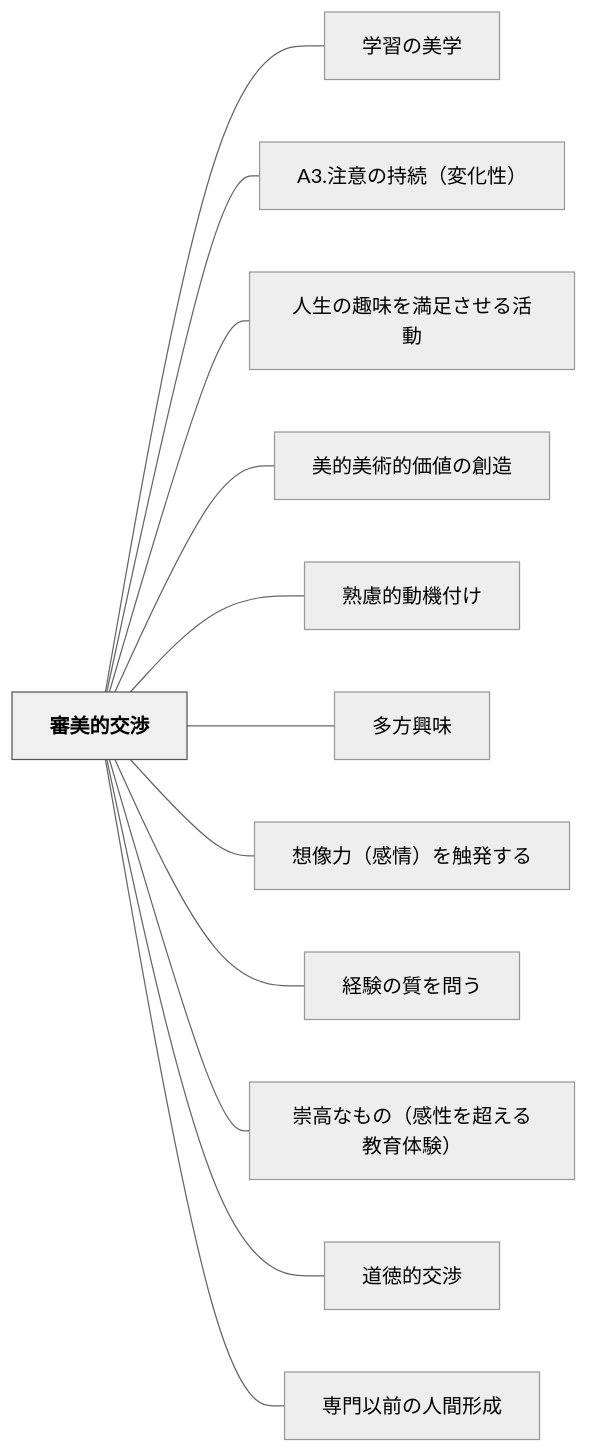
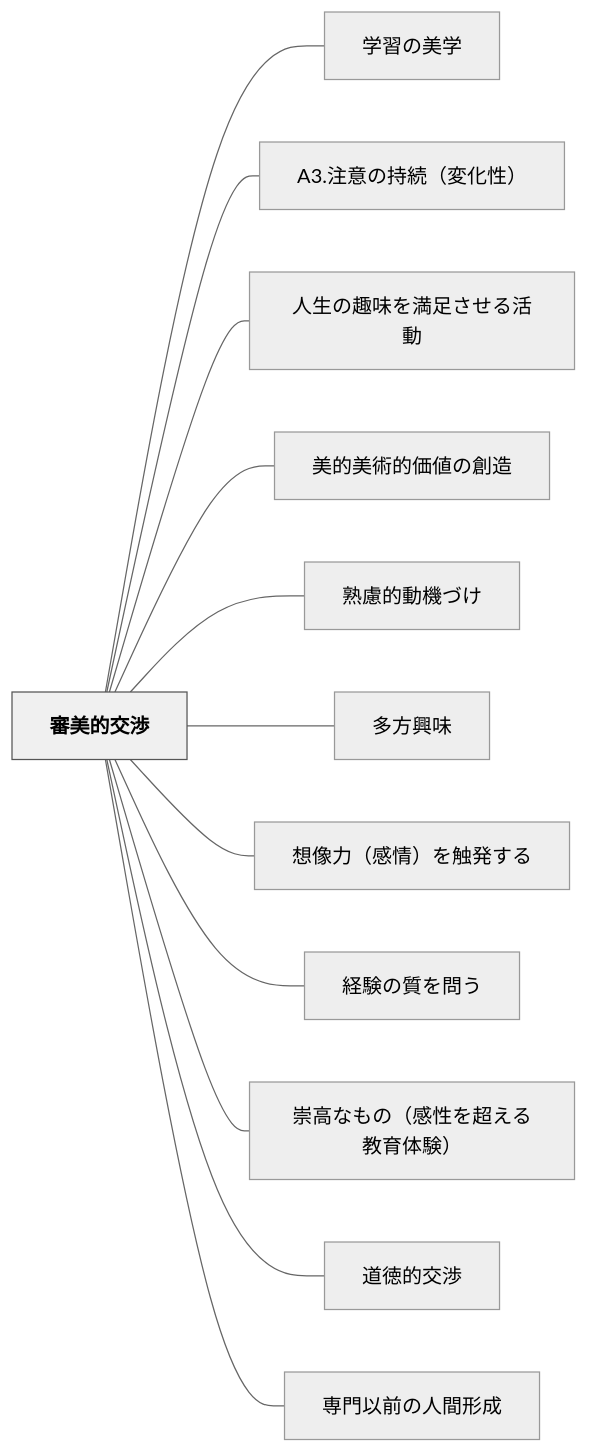
The diagram in content/パタン/審美的交渉.md (unknownthings-ed-patterns/unknownthings-ed-patterns), drawn with Mermaid (neutral theme) before and after one commit. The commit also changed other lines of this file and 234 other files, not shown here.

````diff
--- a/content/パタン/審美的交渉.md
+++ b/content/パタン/審美的交渉.md
@@ -73,30 +73,30 @@
 ```mermaid
 flowchart LR
     ne5afa9e7be8ee79a84e4baa4e6b889["審美的交渉"]
     ne5ada6e7bf92e381aee7be8ee5ada6["学習の美学"]
     n41332ee6b3a8e6848fe381aee68c81e7b69aefbc88e5a489e58c96e680a7efbc89["A3.注意の持続（変化性）"]
     ne4babae7949fe381aee8b6a3e591b3e38292e6ba80e8b6b3e38195e3819be3828be6b4bbe58b95["人生の趣味を満足させる活動"]
     ne7be8ee79a84e7be8ee8a193e79a84e4bea1e580a4e381aee589b5e980a0["美的美術的価値の創造"]
-    ne7869fe685aee79a84e58b95e6a99fe4bb98e38191["熟慮的動機付け"]
+    ne7869fe685aee79a84e58b95e6a99fe381a5e38191["熟慮的動機づけ"]
     ne5a49ae696b9e88888e591b3["多方興味"]
     ne683b3e5838fe58a9befbc88e6849fe68385efbc89e38292e8a7a6e799bae38199e3828b["想像力（感情）を触発する"]
     ne7b58ce9a893e381aee8b3aae38292e5958fe38186["経験の質を問う"]
     ne5b487e9ab98e381aae38282e381aeefbc88e6849fe680a7e38292e8b685e38188e3828be69599e882b2e4bd93e9a893efbc89["崇高なもの（感性を超える教育体験）"]
     ne98193e5beb3e79a84e4baa4e6b889["道徳的交渉"]
     ne5b082e99680e4bba5e5898de381aee4babae99693e5bda2e68890["専門以前の人間形成"]
 
     ne5afa9e7be8ee79a84e4baa4e6b889 --- ne5ada6e7bf92e381aee7be8ee5ada6
     ne5afa9e7be8ee79a84e4baa4e6b889 --- n41332ee6b3a8e6848fe381aee68c81e7b69aefbc88e5a489e58c96e680a7efbc89
     ne5afa9e7be8ee79a84e4baa4e6b889 --- ne4babae7949fe381aee8b6a3e591b3e38292e6ba80e8b6b3e38195e3819be3828be6b4bbe58b95
     ne5afa9e7be8ee79a84e4baa4e6b889 --- ne7be8ee79a84e7be8ee8a193e79a84e4bea1e580a4e381aee589b5e980a0
-    ne5afa9e7be8ee79a84e4baa4e6b889 --- ne7869fe685aee79a84e58b95e6a99fe4bb98e38191
+    ne5afa9e7be8ee79a84e4baa4e6b889 --- ne7869fe685aee79a84e58b95e6a99fe381a5e38191
     ne5afa9e7be8ee79a84e4baa4e6b889 --- ne5a49ae696b9e88888e591b3
     ne5afa9e7be8ee79a84e4baa4e6b889 --- ne683b3e5838fe58a9befbc88e6849fe68385efbc89e38292e8a7a6e799bae38199e3828b
     ne5afa9e7be8ee79a84e4baa4e6b889 --- ne7b58ce9a893e381aee8b3aae38292e5958fe38186
     ne5afa9e7be8ee79a84e4baa4e6b889 --- ne5b487e9ab98e381aae38282e381aeefbc88e6849fe680a7e38292e8b685e38188e3828be69599e882b2e4bd93e9a893efbc89
     ne5afa9e7be8ee79a84e4baa4e6b889 --- ne98193e5beb3e79a84e4baa4e6b889
     ne5afa9e7be8ee79a84e4baa4e6b889 --- ne5b082e99680e4bba5e5898de381aee4babae99693e5bda2e68890
 
     classDef hub fill:#f0f0f0,stroke:#555,color:#000,font-weight:bold
     class ne5afa9e7be8ee79a84e4baa4e6b889 hub
 ```
````
